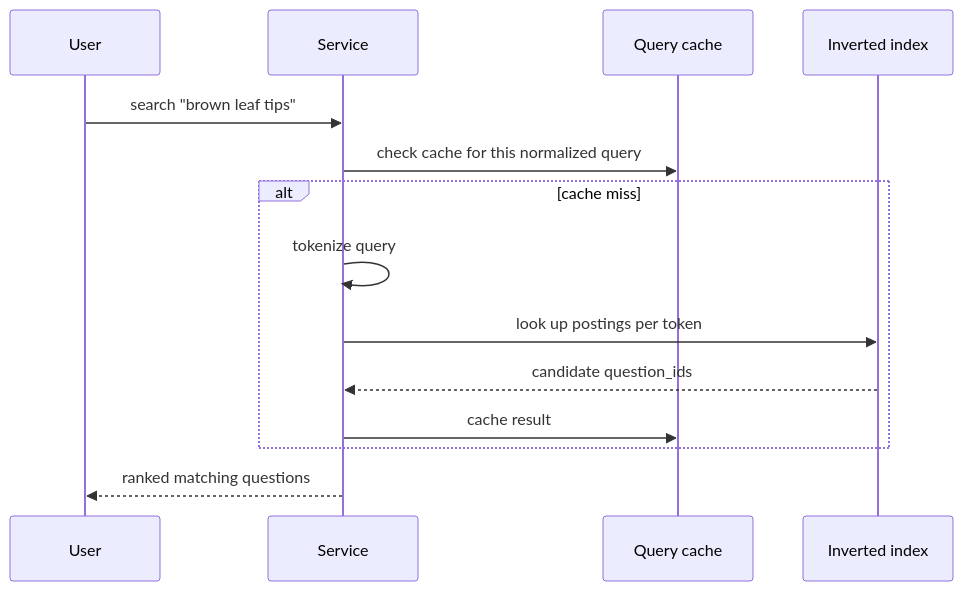
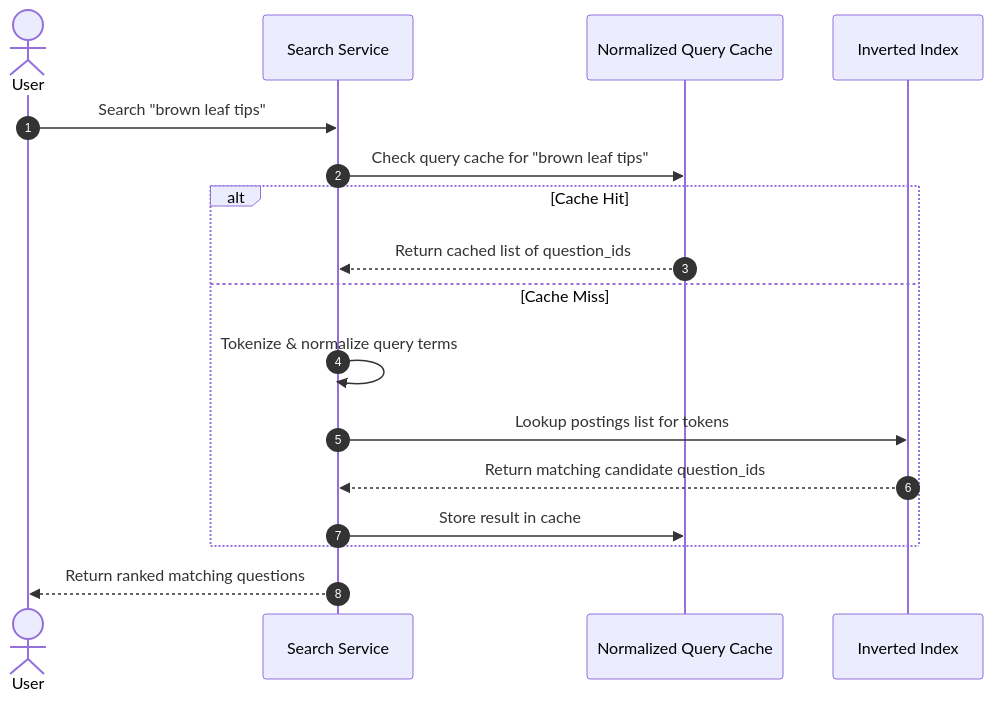
The ninth of 15 diagrams in system-design/HLD/0-course/27-Design Quora-FAANG-Guide-story.md (riyaz-pasha/Learnings), drawn with Mermaid before and after one commit. The commit also changed other lines of this file and 1 other file, not shown here.

Commit message:
docs: simplify language, expand examples, and fix mermaid diagrams in Quora guide

````diff
--- a/system-design/HLD/0-course/27-Design Quora-FAANG-Guide-story.md
+++ b/system-design/HLD/0-course/27-Design Quora-FAANG-Guide-story.md
@@ -233,17 +512,22 @@
 ```mermaid
 sequenceDiagram
-    participant U as User
-    participant SH as Service
-    participant QC as Query cache
-    participant Idx as Inverted index
+    autonumber
+    actor U as User
+    participant S as Search Service
+    participant QC as Normalized Query Cache
+    participant Idx as Inverted Index
 
-    U->>SH: search "brown leaf tips"
-    SH->>QC: check cache for this normalized query
-    alt cache miss
-        SH->>SH: tokenize query
-        SH->>Idx: look up postings per token
-        Idx-->>SH: candidate question_ids
-        SH->>QC: cache result
+    U->>S: Search "brown leaf tips"
+    S->>QC: Check query cache for "brown leaf tips"
+    
+    alt Cache Hit
+        QC-->>S: Return cached list of question_ids
+    else Cache Miss
+        S->>S: Tokenize & normalize query terms
+        S->>Idx: Lookup postings list for tokens
+        Idx-->>S: Return matching candidate question_ids
+        S->>QC: Store result in cache
     end
-    SH-->>U: ranked matching questions
+    
+    S-->>U: Return ranked matching questions
 ```
````
